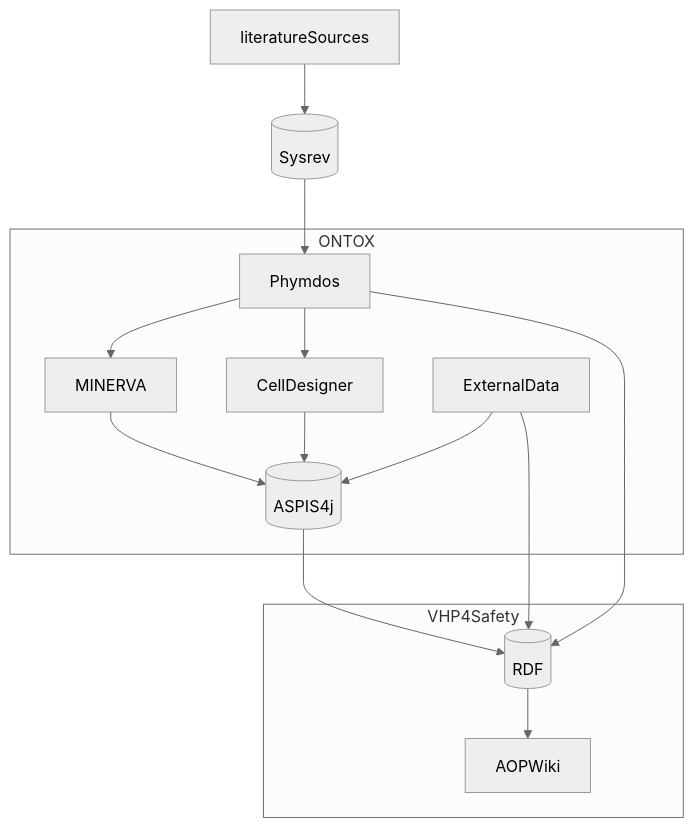
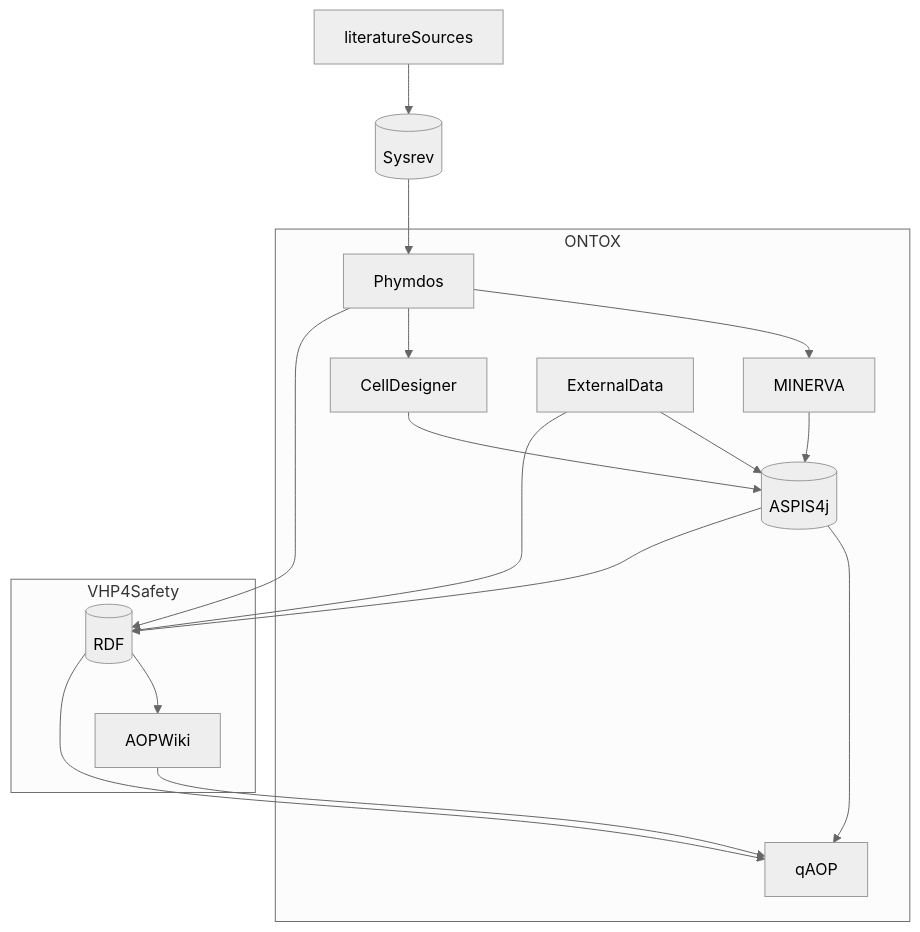
Before and after one commit to ontox-hu/workflows: the diagram in ONTOX-vs-VHP4Safety.md, drawn with Mermaid (neutral theme).

````diff
--- a/ONTOX-vs-VHP4Safety.md
+++ b/ONTOX-vs-VHP4Safety.md
@@ -1,24 +1,29 @@
 ```mermaid
 flowchart TB
     literatureSources-->Sysrev[(Sysrev)]
     Sysrev[(Sysrev)]-->Phymdos
     
     subgraph ONTOX
     Phymdos-->MINERVA
     Phymdos-->CellDesigner
     ExternalData-->ASPIS4j[(ASPIS4j)]
     CellDesigner-->ASPIS4j[(ASPIS4j)]
     MINERVA-->ASPIS4j[(ASPIS4j)]
+    ASPIS4j[(ASPIS4j)]-->qAOP
     end
     ASPIS4j[(ASPIS4j)]-->RDF[(RDF)]
     
     subgraph VHP4Safety
     Phymdos-->RDF[(RDF)]
     RDF[(RDF)]-->AOPWiki
     ExternalData-->RDF[(RDF)]
+    RDF[(RDF)]-->qAOP
+    AOPWiki-->qAOP
     end
     
     
     
     
+    
+    
 ```
````
